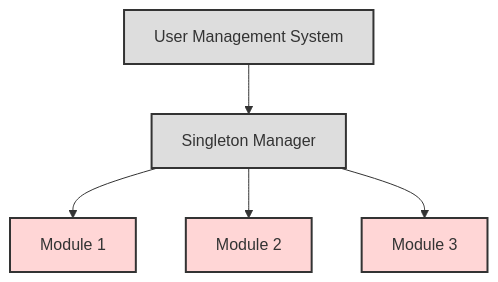
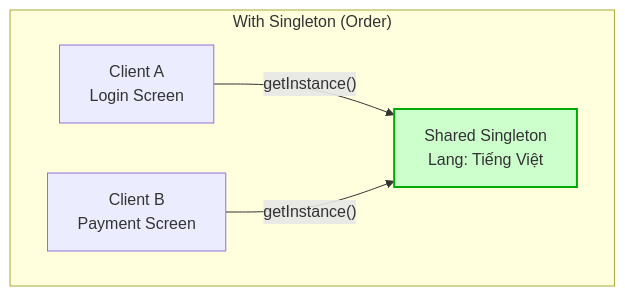
The second of 3 diagrams in Writerside/topics/Singleton.md (nguyenphuc22/Design-Patterns), drawn with Mermaid before and after one commit.

Commit message:
docs: update Singleton pattern documentation

````diff
--- a/Writerside/topics/Singleton.md
+++ b/Writerside/topics/Singleton.md
@@ -47,16 +47,9 @@
 ```mermaid
 graph TD
-
-    A[User Management System] --> B[Singleton Manager]
-
-    B --> C[Module 1]
-    B --> D[Module 2]
-    B --> E[Module 3]
-
-    classDef grey fill:#dddddd,stroke:#333333,stroke-width:2px;
-    classDef pink fill:#ffd6d6,stroke:#333,stroke-width:2px;
-
-    class A grey
-    class B grey
-    class C,D,E pink
+    subgraph "With Singleton (Order)"
+        C1[Client A<br/>Login Screen] -- "getInstance()" --> S[Shared Singleton<br/>Lang: Tiếng Việt]
+        C2[Client B<br/>Payment Screen] -- "getInstance()" --> S
+    end
+    
+    style S fill:#ccffcc,stroke:#00aa00,stroke-width:2px
 ```
````
